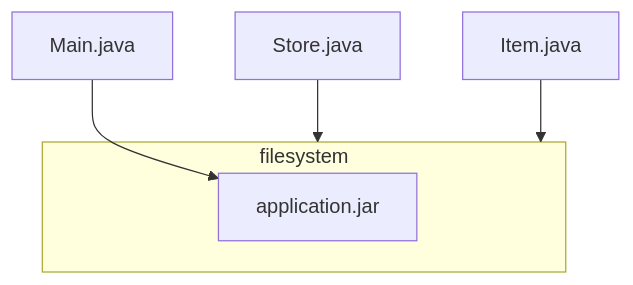
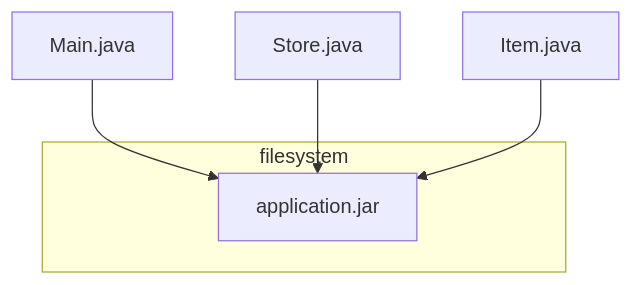
The diagram in distributed-systems/1-Introduction.md (maulikdave-fh/notes), drawn with Mermaid before and after one commit. The commit also changed other lines of this file, not shown here.

````diff
--- a/distributed-systems/1-Introduction.md
+++ b/distributed-systems/1-Introduction.md
@@ -27,9 +27,9 @@
 ```mermaid
     flowchart TB
         subgraph filesystem
             application.jar
         end
         Main.java --> application.jar
-        Store.java --> filesystem
-        Item.java --> filesystem
+        Store.java --> application.jar
+        Item.java --> application.jar
 ```
````
